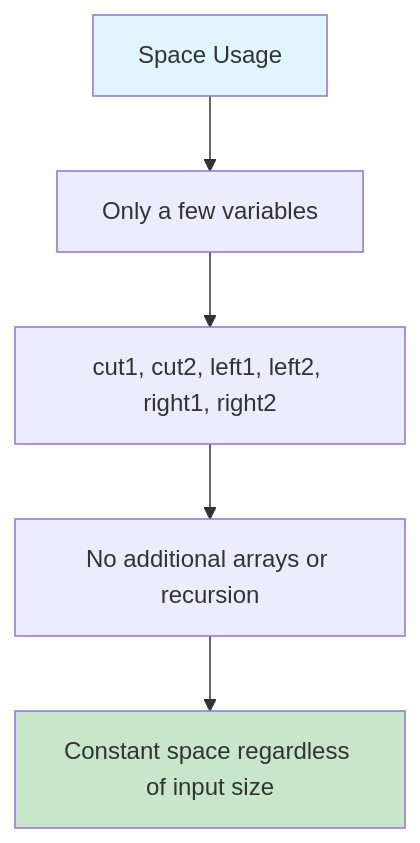
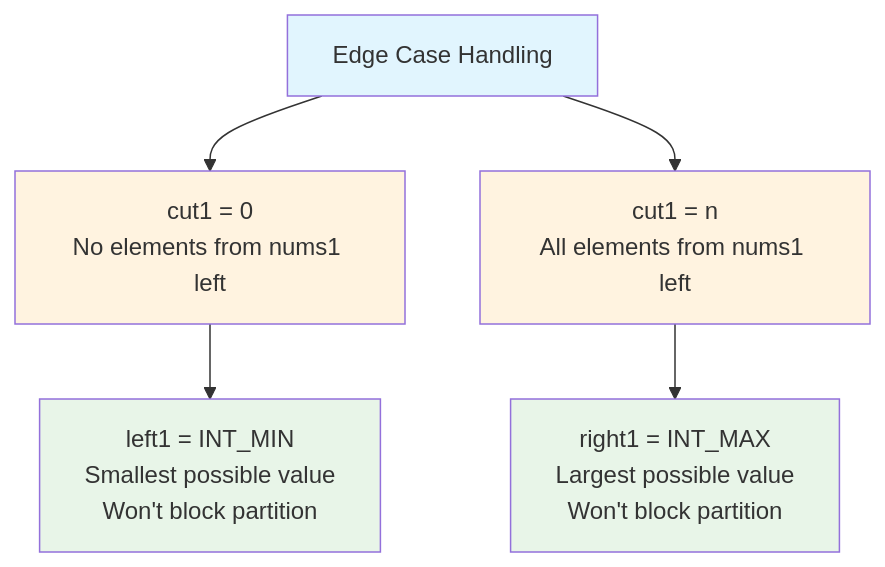
One commit to LuckyLongre123/DSA_CPP changed diagram 11 of 25 in Day_043/README.md. Above: the diagram before and after it, drawn with Mermaid. The commit also changed other lines of this file and 10 other files, not shown here.

````diff
--- a/Day_043/README.md
+++ b/Day_043/README.md
@@ -346,10 +568,14 @@
 ```mermaid
-graph TD
-    A[Space Usage] --> B[Only a few variables]
-    B --> C[cut1, cut2, left1, left2, right1, right2]
-    C --> D[No additional arrays or recursion]
-    D --> E[Constant space regardless of input size]
+flowchart TD
+    A["Edge Case Handling"] --> B["cut1 = 0<br/>No elements from nums1 left"]
+    A --> C["cut1 = n<br/>All elements from nums1 left"]
+    
+    B --> D["left1 = INT_MIN<br/>Smallest possible value<br/>Won't block partition"]
+    C --> E["right1 = INT_MAX<br/>Largest possible value<br/>Won't block partition"]
     
     style A fill:#e1f5fe
-    style E fill:#c8e6c9
+    style B fill:#fff3e0
+    style C fill:#fff3e0
+    style D fill:#e8f5e8
+    style E fill:#e8f5e8
 ```
````
